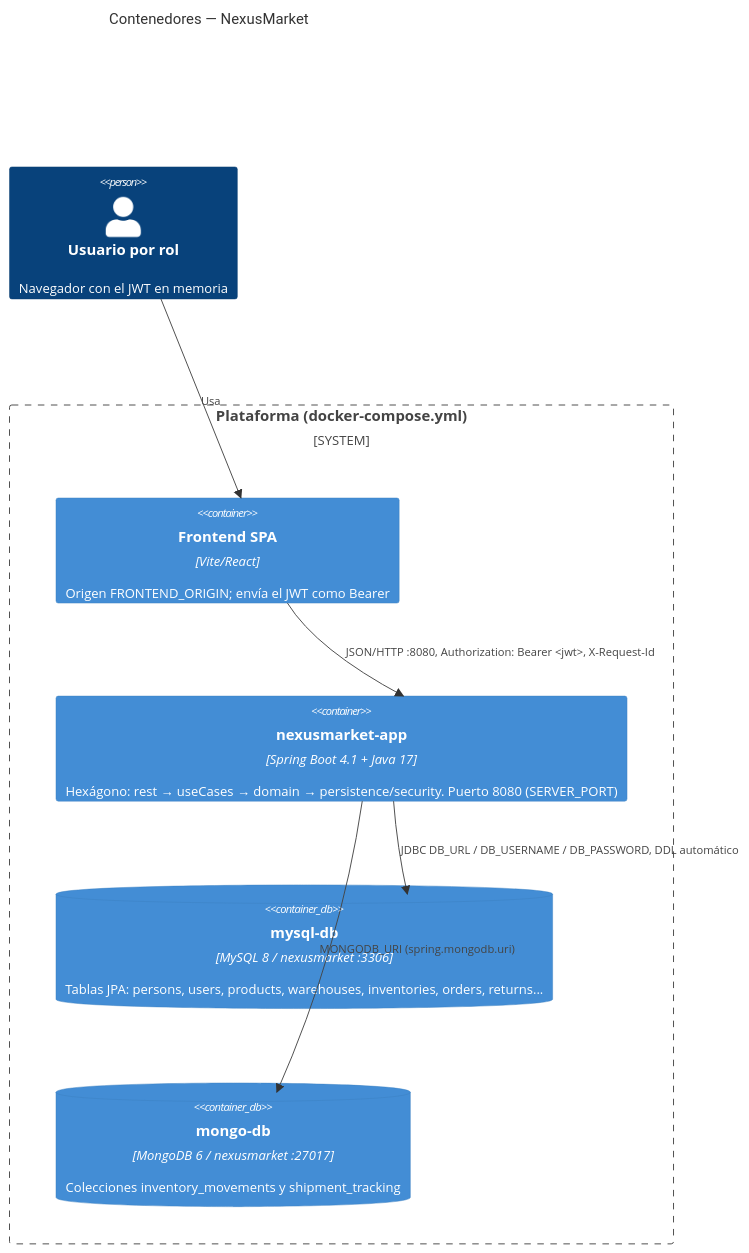
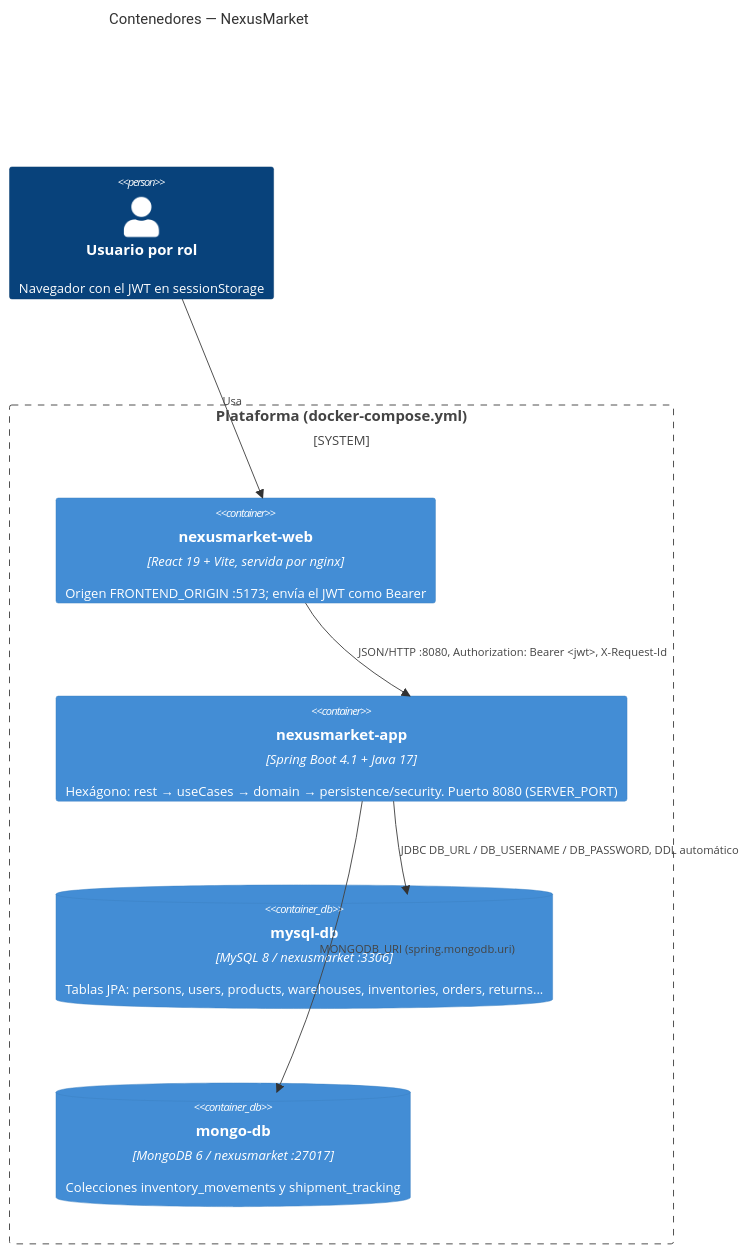
The first of 2 diagrams in SDD/C4/02-nivel-2-contenedores.md (luchoramirez9907/CS2), drawn with Mermaid before and after one commit. The commit also changed other lines of this file and 99 other files, not shown here.

````diff
--- a/SDD/C4/02-nivel-2-contenedores.md
+++ b/SDD/C4/02-nivel-2-contenedores.md
@@ -10,18 +10,18 @@
 ```mermaid
 C4Container
     title Contenedores — NexusMarket
 
-    Person(usuario, "Usuario por rol", "Navegador con el JWT en memoria")
+    Person(usuario, "Usuario por rol", "Navegador con el JWT en sessionStorage")
 
     System_Boundary(boundary, "Plataforma (docker-compose.yml)") {
-        Container(spa, "Frontend SPA", "Vite/React", "Origen FRONTEND_ORIGIN; envía el JWT como Bearer")
+        Container(spa, "nexusmarket-web", "React 19 + Vite, servida por nginx", "Origen FRONTEND_ORIGIN :5173; envía el JWT como Bearer")
         Container(app, "nexusmarket-app", "Spring Boot 4.1 + Java 17", "Hexágono: rest → useCases → domain → persistence/security. Puerto 8080 (SERVER_PORT)")
         ContainerDb(mysql, "mysql-db", "MySQL 8 / nexusmarket :3306", "Tablas JPA: persons, users, products, warehouses, inventories, orders, returns...")
         ContainerDb(mongo, "mongo-db", "MongoDB 6 / nexusmarket :27017", "Colecciones inventory_movements y shipment_tracking")
     }
 
     Rel(usuario, spa, "Usa")
     Rel(spa, app, "JSON/HTTP :8080, Authorization: Bearer <jwt>, X-Request-Id")
     Rel(app, mysql, "JDBC DB_URL / DB_USERNAME / DB_PASSWORD, DDL automático")
     Rel(app, mongo, "MONGODB_URI (spring.mongodb.uri)")
 ```
````
